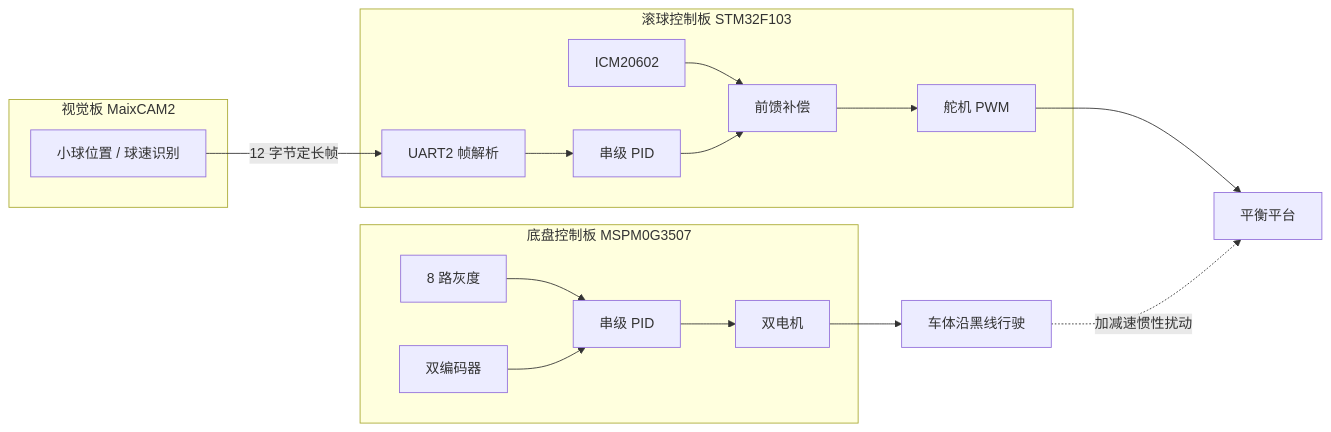
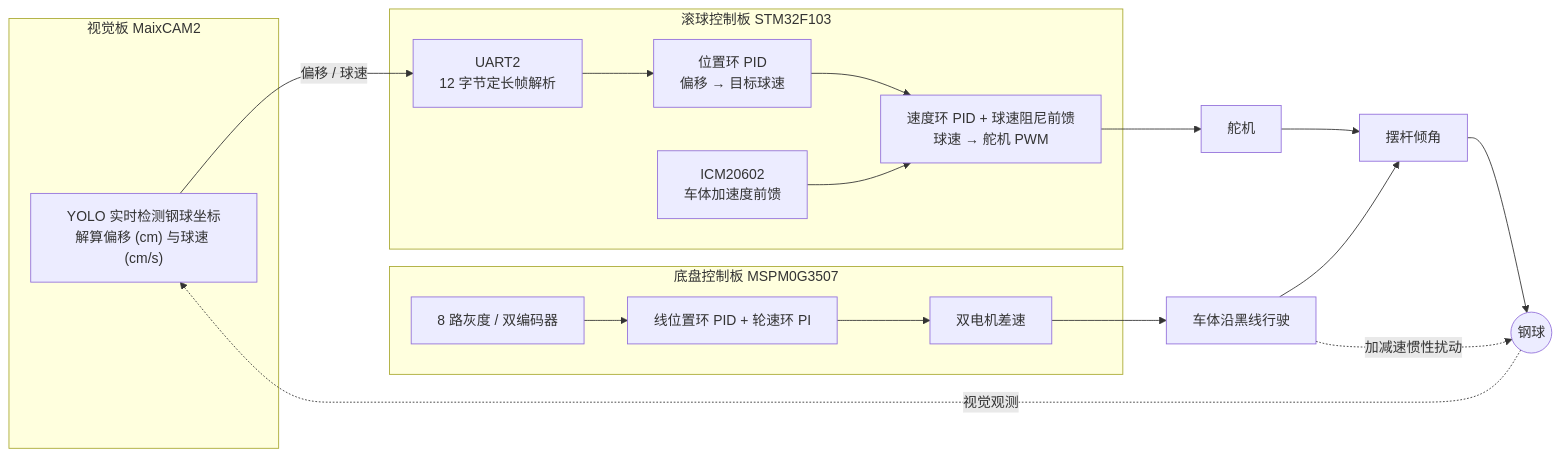
The diagram in README.md (waxueying/Vehicle_Ball_Control_System), drawn with Mermaid before and after one commit. The commit also changed other lines of this file and 1 other file, not shown here.

Commit message:
更新 README：修正系统架构图，补充实测数据与个人工作
- 系统架构图按实际结构重画：MaixCAM2(YOLO) → STM32 串级 PID + 双前馈 → 舵机 → 摆杆 → 钢球，标出视觉观测闭环与底盘惯性扰动
- 方向修正：执行器为舵机驱动摆杆（非摆动平台），被控对象为钢球
- 补充赛事信息、实测数据与个人工作条目
- 统一格式与笔误修正

````diff
--- a/README.md
+++ b/README.md
@@ -9,30 +9,31 @@
 ```mermaid
 flowchart LR
     subgraph V["视觉板 MaixCAM2"]
-        CAM["小球位置 / 球速识别"]
+        CAM["YOLO 实时检测钢球坐标<br/>解算偏移 (cm) 与球速 (cm/s)"]
     end
-    subgraph B["滚球控制板 STM32F103"]
-        RX["UART2 帧解析"]
-        PID["串级 PID"]
-        FF["前馈补偿"]
-        SRV["舵机 PWM"]
-        IMU["ICM20602"]
+
+    subgraph S["滚球控制板 STM32F103"]
+        RX["UART2<br/>12 字节定长帧解析"]
+        POS["位置环 PID<br/>偏移 → 目标球速"]
+        VEL["速度环 PID + 球速阻尼前馈<br/>球速 → 舵机 PWM"]
+        IMU["ICM20602<br/>车体加速度前馈"]
+        RX --> POS --> VEL
+        IMU --> VEL
     end
-    subgraph C["底盘控制板 MSPM0G3507"]
-        GRAY["8 路灰度"]
-        ENC["双编码器"]
-        CTRL["串级 PID"]
-        MOT["双电机"]
+
+    subgraph M["底盘控制板 MSPM0G3507"]
+        SEN["8 路灰度 / 双编码器"]
+        LOOP["线位置环 PID + 轮速环 PI"]
+        MOT["双电机差速"]
+        SEN --> LOOP --> MOT
     end
-    CAM -- "12 字节定长帧" --> RX
-    RX --> PID
-    IMU --> FF
-    PID --> FF
-    FF --> SRV
-    SRV --> PLATE["平衡平台"]
-    GRAY --> CTRL
-    ENC --> CTRL
-    CTRL --> MOT
+
+    CAM -- "偏移 / 球速" --> RX
+    VEL --> SRV["舵机"]
+    SRV --> BEAM["摆杆倾角"]
+    BEAM --> BALL(("钢球"))
+    BALL -. "视觉观测" .-> CAM
     MOT --> CAR["车体沿黑线行驶"]
-    CAR -. "加减速惯性扰动" .-> PLATE
+    CAR --> BEAM
+    CAR -. "加减速惯性扰动" .-> BALL
 ```
````
